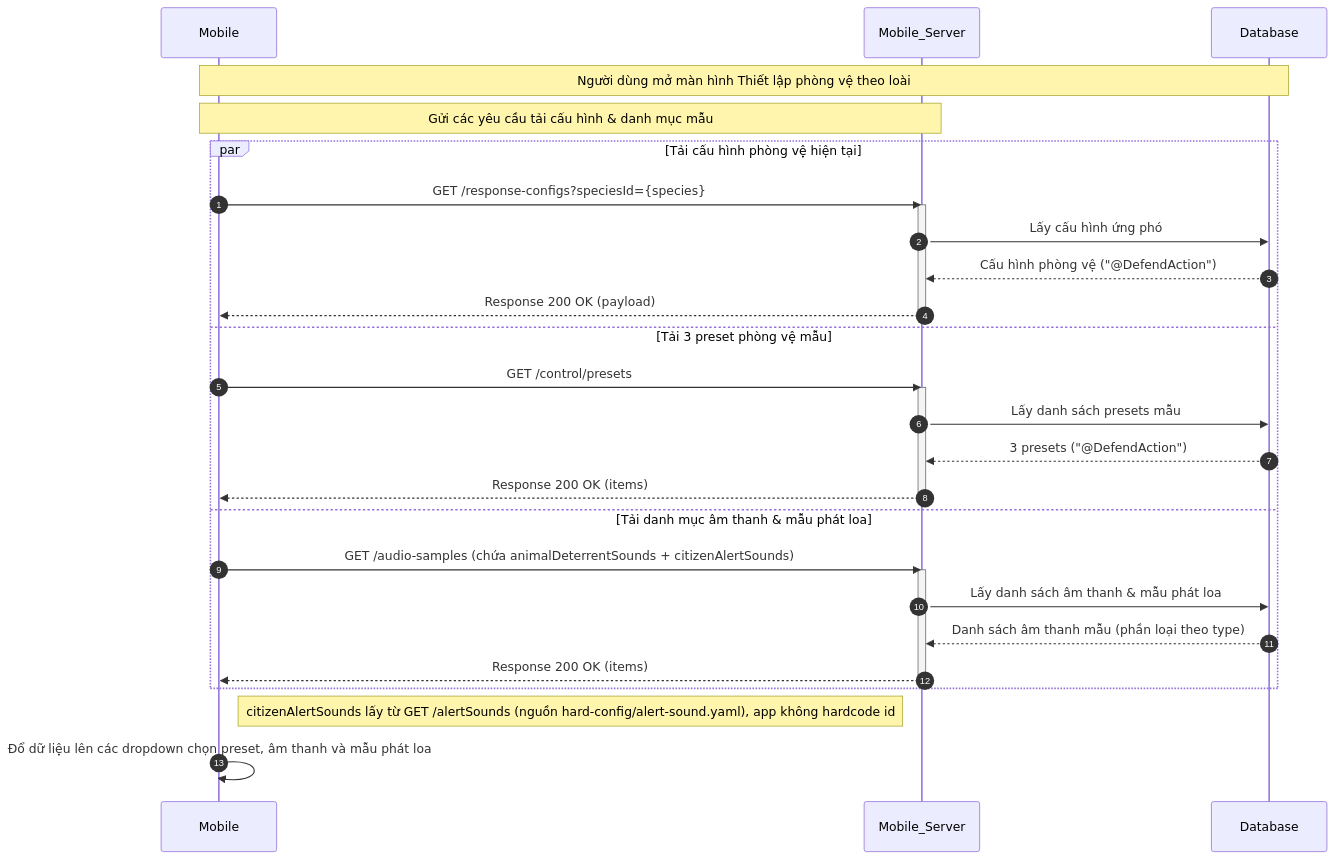
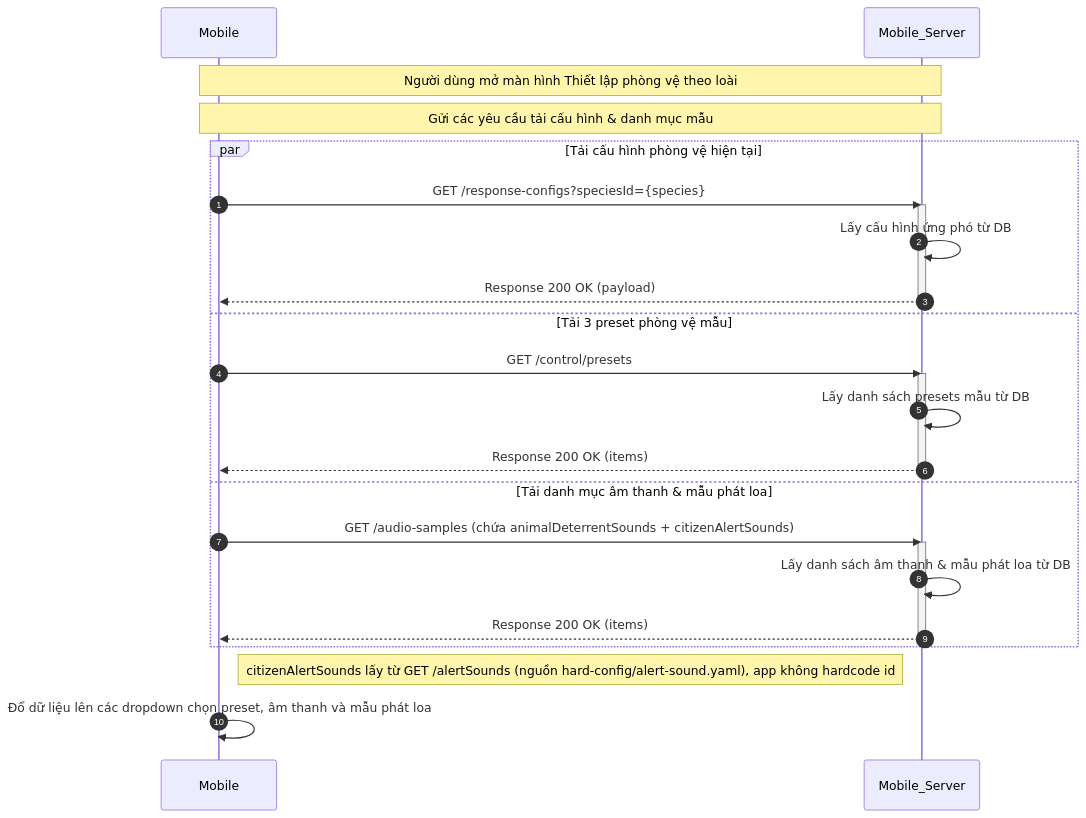
Before and after one commit to trungnguyenthien/Wildlife-Warning-and-Deterrence-System: diagram 12 of 18 in docs/04-sequence-diagram.md, drawn with Mermaid. The commit also changed other lines of this file, not shown here.

Commit message:
docs: update sequence diagram to reflect latest system flow refinements

````diff
--- a/docs/04-sequence-diagram.md
+++ b/docs/04-sequence-diagram.md
@@ -567,34 +469,30 @@
 ```mermaid
 sequenceDiagram
     autonumber
     participant Mobile as Mobile
     participant Mobile_Server as Mobile_Server
-    participant Database as Database
 
-    Note over Mobile, Database: Người dùng mở màn hình Thiết lập phòng vệ theo loài
+    Note over Mobile, Mobile_Server: Người dùng mở màn hình Thiết lập phòng vệ theo loài
     Note over Mobile, Mobile_Server: Gửi các yêu cầu tải cấu hình & danh mục mẫu
     par Tải cấu hình phòng vệ hiện tại
         Mobile->>Mobile_Server: GET /response-configs?speciesId={species}
         activate Mobile_Server
-        Mobile_Server->>Database: Lấy cấu hình ứng phó
-        Database-->>Mobile_Server: Cấu hình phòng vệ ("@DefendAction")
+        Mobile_Server->>Mobile_Server: Lấy cấu hình ứng phó từ DB
         Mobile_Server-->>Mobile: Response 200 OK (payload)
         deactivate Mobile_Server
     and Tải 3 preset phòng vệ mẫu
         Mobile->>Mobile_Server: GET /control/presets
         activate Mobile_Server
-        Mobile_Server->>Database: Lấy danh sách presets mẫu
-        Database-->>Mobile_Server: 3 presets ("@DefendAction")
+        Mobile_Server->>Mobile_Server: Lấy danh sách presets mẫu từ DB
         Mobile_Server-->>Mobile: Response 200 OK (items)
         deactivate Mobile_Server
     and Tải danh mục âm thanh & mẫu phát loa
         Mobile->>Mobile_Server: GET /audio-samples (chứa animalDeterrentSounds + citizenAlertSounds)
         activate Mobile_Server
-        Mobile_Server->>Database: Lấy danh sách âm thanh & mẫu phát loa
-        Database-->>Mobile_Server: Danh sách âm thanh mẫu (phần loại theo type)
+        Mobile_Server->>Mobile_Server: Lấy danh sách âm thanh & mẫu phát loa từ DB
         Mobile_Server-->>Mobile: Response 200 OK (items)
         deactivate Mobile_Server
     end
     Note right of Mobile: citizenAlertSounds lấy từ GET /alertSounds (nguồn hard-config/alert-sound.yaml), app không hardcode id
     Mobile->>Mobile: Đổ dữ liệu lên các dropdown chọn preset, âm thanh và mẫu phát loa
 ```
````
